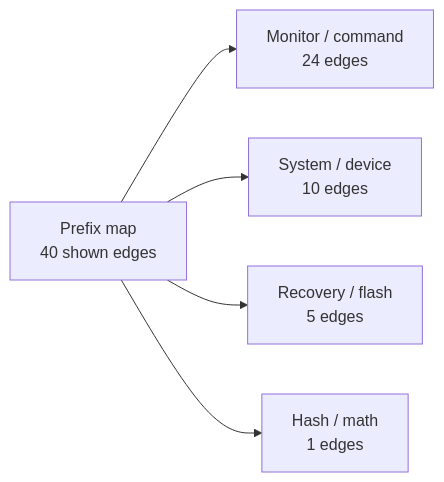
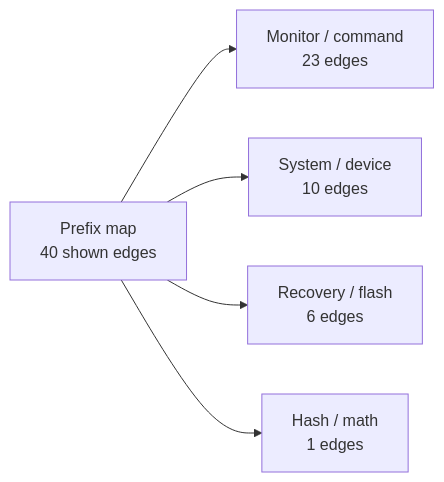
Before and after one commit to 95westus/R-YORS: the first of 6 diagrams in DOC/GENERATED/ROUTINE_PREFIX_MAP.md, drawn with Mermaid. The commit also changed other lines of this file and 14 other files, not shown here.

````diff
--- a/DOC/GENERATED/ROUTINE_PREFIX_MAP.md
+++ b/DOC/GENERATED/ROUTINE_PREFIX_MAP.md
@@ -16,7 +16,7 @@
 ```mermaid
 flowchart LR
-    MAP_ROOT_PREFIX_MAP["Prefix map<br/>40 shown edges"] --> MAP_FAMILY_MONITOR___COMMAND["Monitor / command<br/>24 edges"]
+    MAP_ROOT_PREFIX_MAP["Prefix map<br/>40 shown edges"] --> MAP_FAMILY_MONITOR___COMMAND["Monitor / command<br/>23 edges"]
     MAP_ROOT_PREFIX_MAP["Prefix map<br/>40 shown edges"] --> MAP_FAMILY_SYSTEM___DEVICE["System / device<br/>10 edges"]
-    MAP_ROOT_PREFIX_MAP["Prefix map<br/>40 shown edges"] --> MAP_FAMILY_RECOVERY___FLASH["Recovery / flash<br/>5 edges"]
+    MAP_ROOT_PREFIX_MAP["Prefix map<br/>40 shown edges"] --> MAP_FAMILY_RECOVERY___FLASH["Recovery / flash<br/>6 edges"]
     MAP_ROOT_PREFIX_MAP["Prefix map<br/>40 shown edges"] --> MAP_FAMILY_HASH___MATH["Hash / math<br/>1 edges"]
 ```
````
